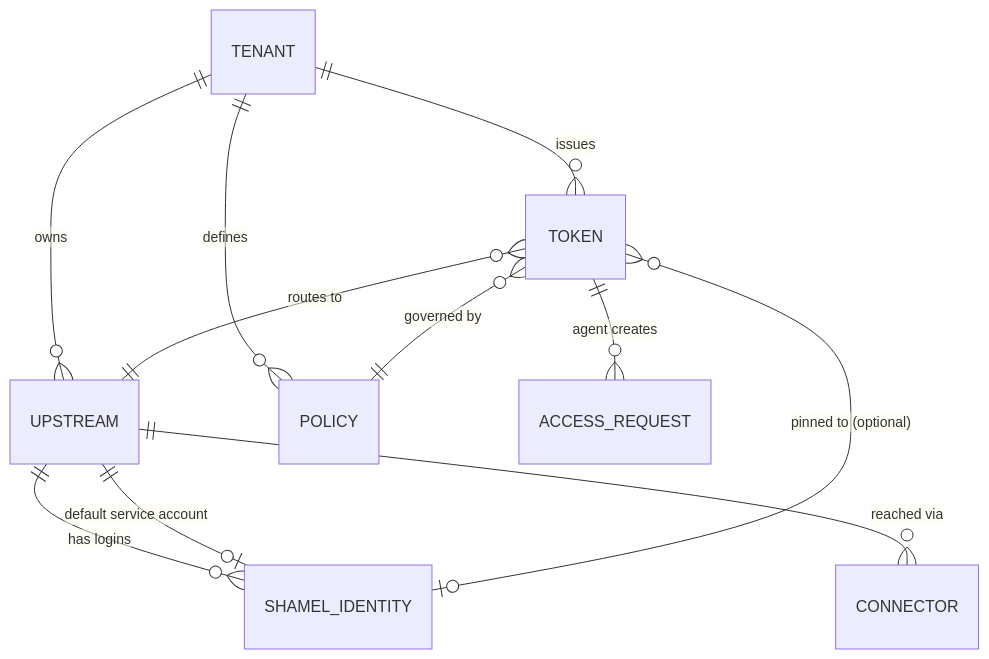
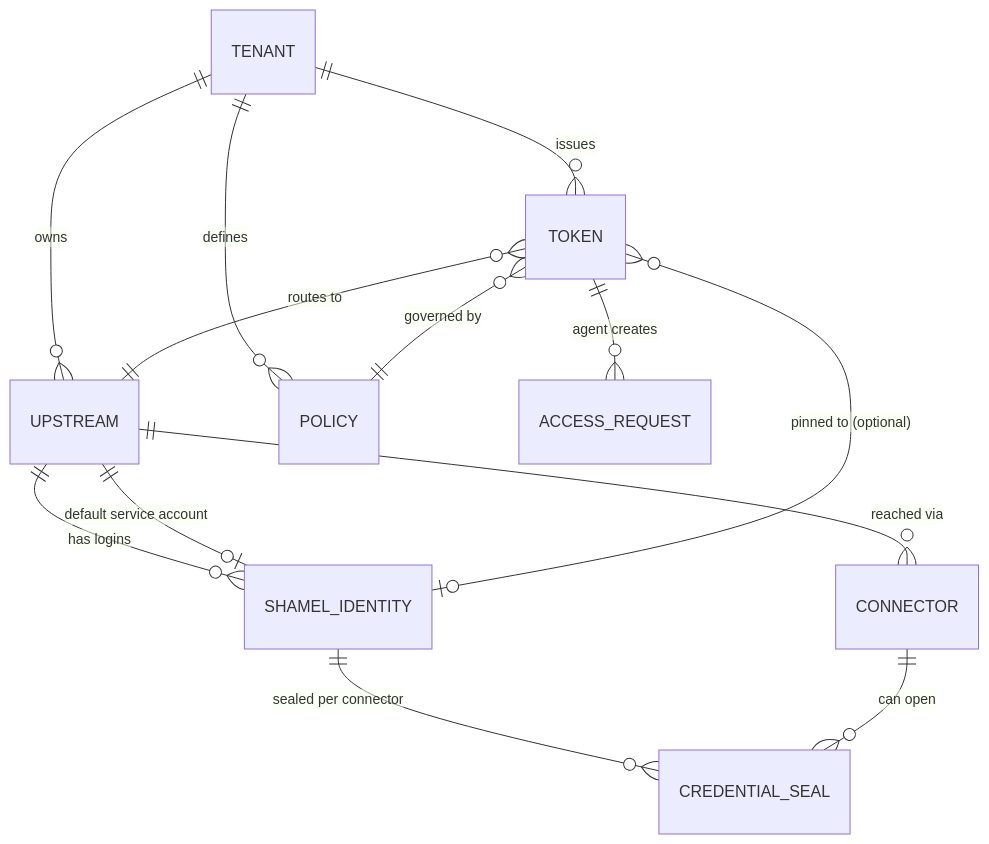
Before and after one commit to Web3Abbas/Shamel: diagram 11 of 11 in docs/design/01-architecture.md, drawn with Mermaid. The commit also changed other lines of this file and 3 other files, not shown here.

First line of the commit message:
Continue applying review findings across architecture, security, permissions and operations (in progress)

````diff
--- a/docs/design/01-architecture.md
+++ b/docs/design/01-architecture.md
@@ -1194,13 +1632,15 @@
 ```mermaid
 erDiagram
   TENANT ||--o{ UPSTREAM : owns
   TENANT ||--o{ TOKEN : issues
   TENANT ||--o{ POLICY : defines
   UPSTREAM ||--o{ SHAMEL_IDENTITY : "has logins"
   UPSTREAM ||--o{ CONNECTOR : "reached via"
   UPSTREAM ||--o| SHAMEL_IDENTITY : "default service account"
+  SHAMEL_IDENTITY ||--o{ CREDENTIAL_SEAL : "sealed per connector"
+  CONNECTOR ||--o{ CREDENTIAL_SEAL : "can open"
   TOKEN }o--|| UPSTREAM : "routes to"
   TOKEN }o--o| SHAMEL_IDENTITY : "pinned to (optional)"
   TOKEN }o--|| POLICY : "governed by"
   TOKEN ||--o{ ACCESS_REQUEST : "agent creates"
 ```
````
